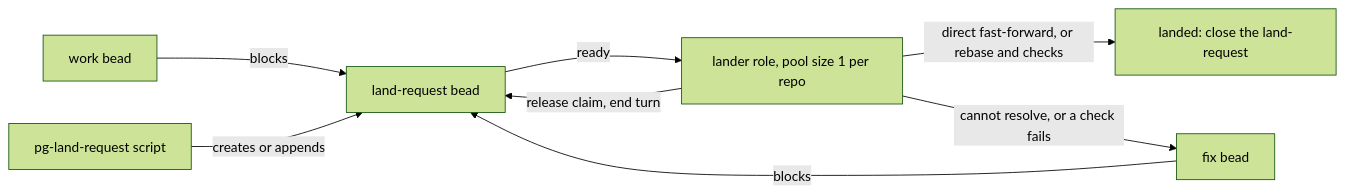
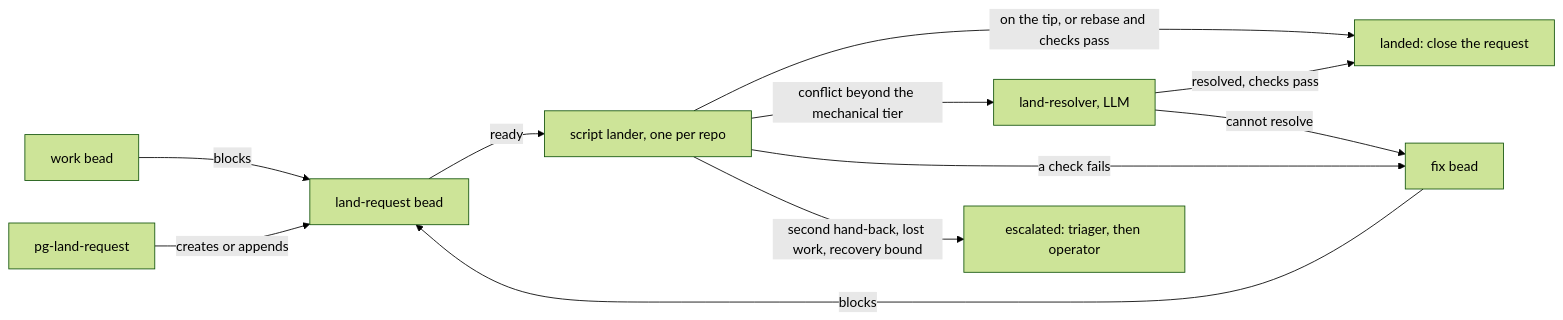
Before and after one commit to phillipgreenii/nix-agent-support: the first of 4 diagrams in docs/superpowers/specs/2026-11-04-single-lander-per-repo-design.md, drawn with Mermaid (forest theme). The commit also changed other lines of this file, not shown here.

First line of the commit message:
docs: revise single-lander design to a script-first lander

````diff
--- a/docs/superpowers/specs/2026-11-04-single-lander-per-repo-design.md
+++ b/docs/superpowers/specs/2026-11-04-single-lander-per-repo-design.md
@@ -48,10 +61,13 @@
 ```mermaid
 flowchart LR
-  W["work bead"] -->|"blocks"| L["land-request bead"]
-  S["pg-land-request script"] -->|"creates or appends"| L
-  L -->|"ready"| R["lander role, pool size 1 per repo"]
-  R -->|"direct fast-forward, or rebase and checks"| D["landed: close the land-request"]
-  R -->|"cannot resolve, or a check fails"| F["fix bead"]
-  F -->|"blocks"| L
-  R -->|"release claim, end turn"| L
+  W["work bead"] -->|"blocks"| R["land-request bead"]
+  S["pg-land-request"] -->|"creates or appends"| R
+  R -->|"ready"| L["script lander, one per repo"]
+  L -->|"on the tip, or rebase and checks pass"| D["landed: close the request"]
+  L -->|"conflict beyond the mechanical tier"| V["land-resolver, LLM"]
+  V -->|"resolved, checks pass"| D
+  L -->|"a check fails"| F["fix bead"]
+  V -->|"cannot resolve"| F
+  F -->|"blocks"| R
+  L -->|"second hand-back, lost work, recovery bound"| E["escalated: triager, then operator"]
 ```
````
